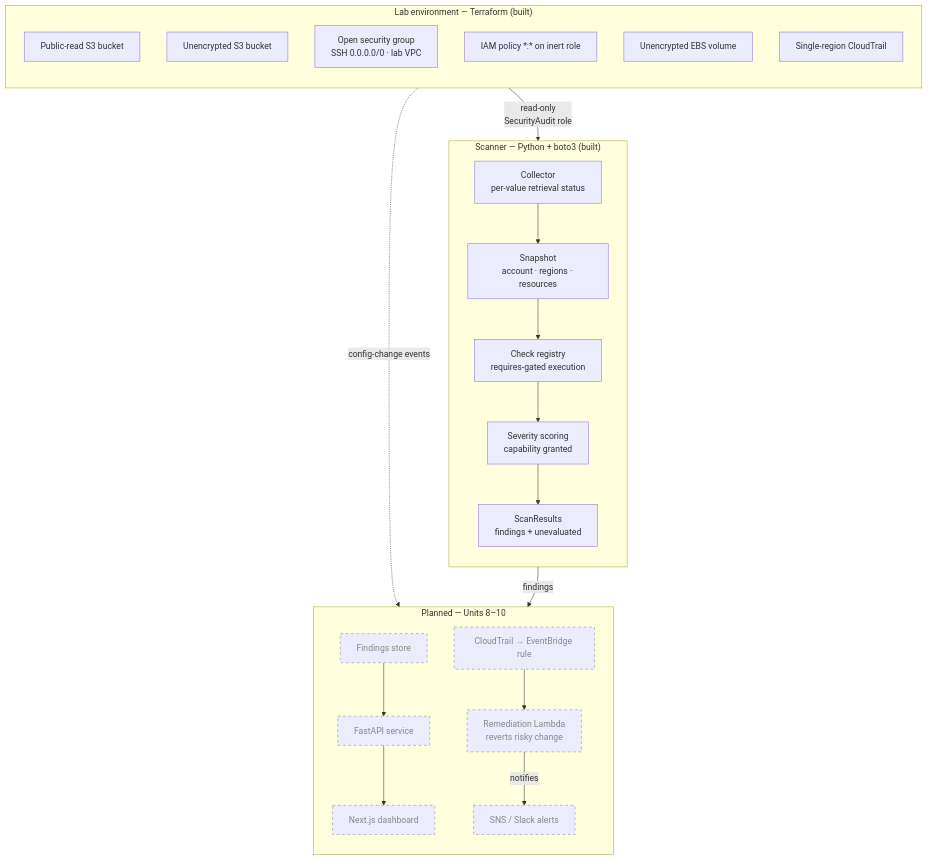
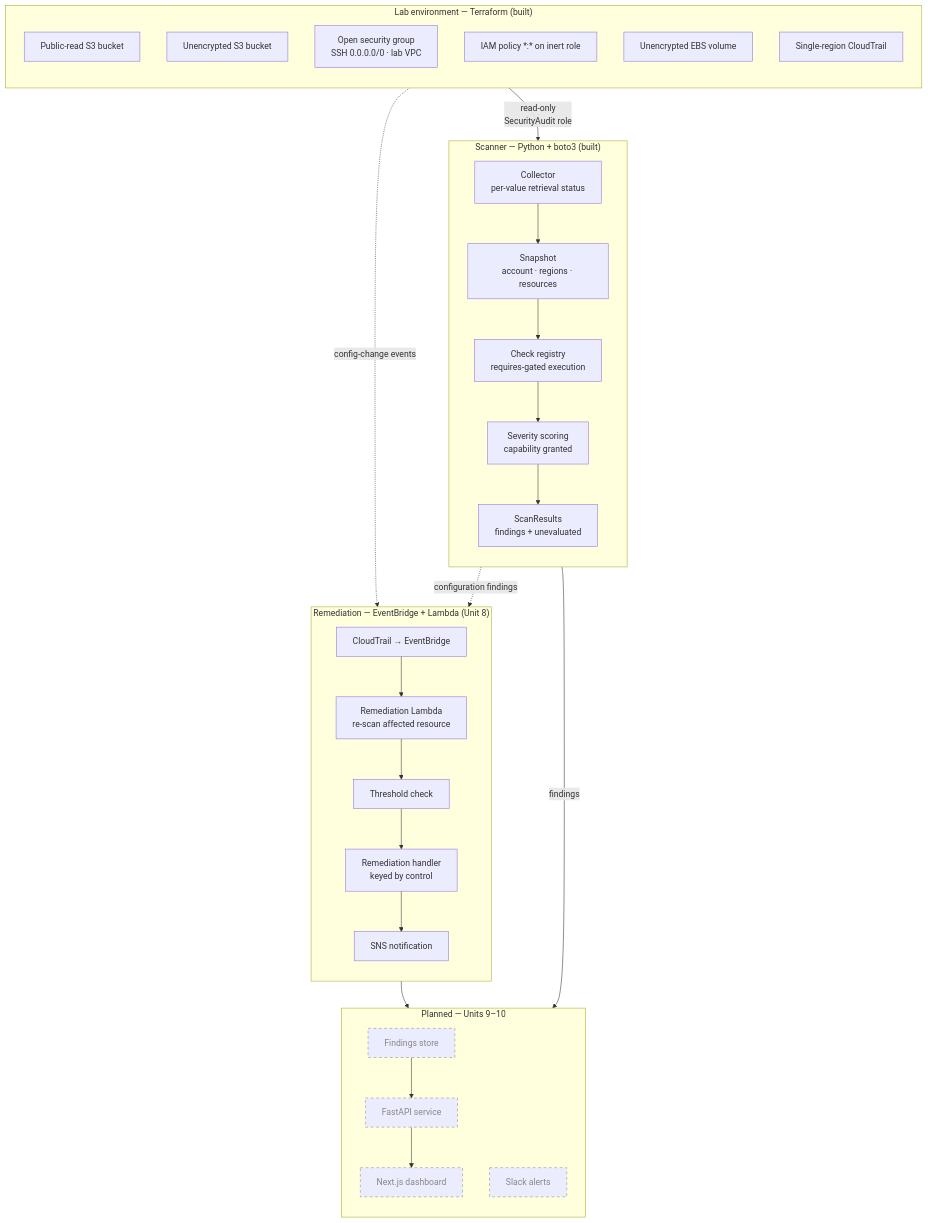
Before and after one commit to DevAnnafi/AWS-Security-Posture-Monitor: the diagram in README.md, drawn with Mermaid. The commit also changed other lines of this file and 1 other file, not shown here.

Commit message:
Unit 8: document remediation architecture and decisions

````diff
--- a/README.md
+++ b/README.md
@@ -21,42 +21,45 @@
 ```mermaid
 flowchart TB
     subgraph LAB["Lab environment — Terraform (built)"]
         direction TB
         L1["Public-read S3 bucket"]
         L2["Unencrypted S3 bucket"]
         L3["Open security group<br/>SSH 0.0.0.0/0 · lab VPC"]
         L4["IAM policy *:* on inert role"]
         L5["Unencrypted EBS volume"]
         L6["Single-region CloudTrail"]
     end
-
     subgraph SCANNER["Scanner — Python + boto3 (built)"]
         direction TB
         C1["Collector<br/>per-value retrieval status"]
         C2["Snapshot<br/>account · regions · resources"]
         C3["Check registry<br/>requires-gated execution"]
         C4["Severity scoring<br/>capability granted"]
         C5["ScanResults<br/>findings + unevaluated"]
         C1 --> C2 --> C3 --> C4 --> C5
     end
-
-    subgraph FUTURE["Planned — Units 8–10"]
+    subgraph REMEDIATION["Remediation — EventBridge + Lambda (Unit 8)"]
         direction TB
-        F1["CloudTrail → EventBridge rule"]
-        F2["Remediation Lambda<br/>reverts risky change"]
-        F3["Findings store"]
-        F4["FastAPI service"]
-        F5["Next.js dashboard"]
-        F6["SNS / Slack alerts"]
-        F1 --> F2
-        F3 --> F4 --> F5
+        R1["CloudTrail → EventBridge"]
+        R2["Remediation Lambda<br/>re-scan affected resource"]
+        R3["Threshold check"]
+        R4["Remediation handler<br/>keyed by control"]
+        R5["SNS notification"]
+        R1 --> R2 --> R3 --> R4 --> R5
     end
-
+    subgraph FUTURE["Planned — Units 9–10"]
+        direction TB
+        F1["Findings store"]
+        F2["FastAPI service"]
+        F3["Next.js dashboard"]
+        F4["Slack alerts"]
+        F1 --> F2 --> F3
+    end
     LAB -->|"read-only<br/>SecurityAudit role"| C1
-    C5 -->|"findings"| F3
-    F2 -->|"notifies"| F6
-    LAB -.->|"config-change events"| F1
-
+    C5 -->|"findings"| F1
+    C5 -.->|"configuration findings"| REMEDIATION
+    R5 --> F4
+    LAB -.->|"config-change events"| R1
     classDef planned stroke-dasharray:5 5,stroke:#888,color:#888;
-    class F1,F2,F3,F4,F5,F6 planned;
+    class F1,F2,F3,F4 planned;
 ```
````
